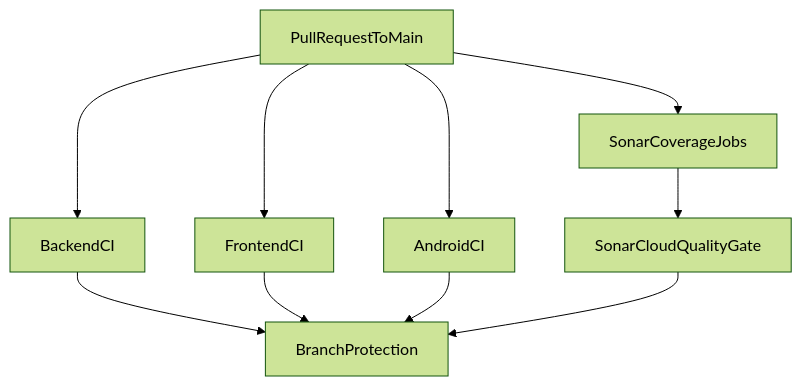
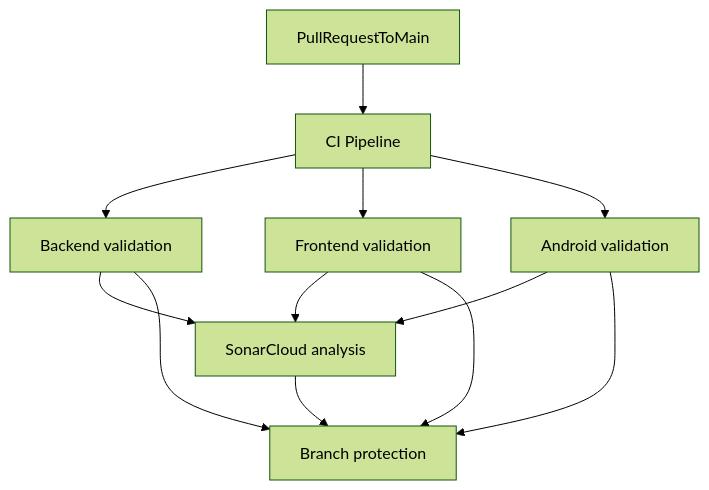
Before and after one commit to Valyo96/wealth-stack: the diagram in docs/ci.md, drawn with Mermaid (forest theme). The commit also changed other lines of this file and 9 other files, not shown here.

Commit message:
Fix Sonar smells and run module CI before Sonar analysis

````diff
--- a/docs/ci.md
+++ b/docs/ci.md
@@ -16,12 +19,14 @@
 ```mermaid
 flowchart TD
-  pr[PullRequestToMain] --> backendCI[BackendCI]
-  pr --> frontendCI[FrontendCI]
-  pr --> androidCI[AndroidCI]
-  pr --> sonarPrep[SonarCoverageJobs]
-  sonarPrep --> sonarScan[SonarCloudQualityGate]
-  backendCI --> mergeGate[BranchProtection]
+  pr[PullRequestToMain] --> ci[CI Pipeline]
+  ci --> backendCI[Backend validation]
+  ci --> frontendCI[Frontend validation]
+  ci --> androidCI[Android validation]
+  backendCI --> sonarScan[SonarCloud analysis]
+  frontendCI --> sonarScan
+  androidCI --> sonarScan
+  sonarScan --> mergeGate[Branch protection]
+  backendCI --> mergeGate
   frontendCI --> mergeGate
   androidCI --> mergeGate
-  sonarScan --> mergeGate
 ```
````
